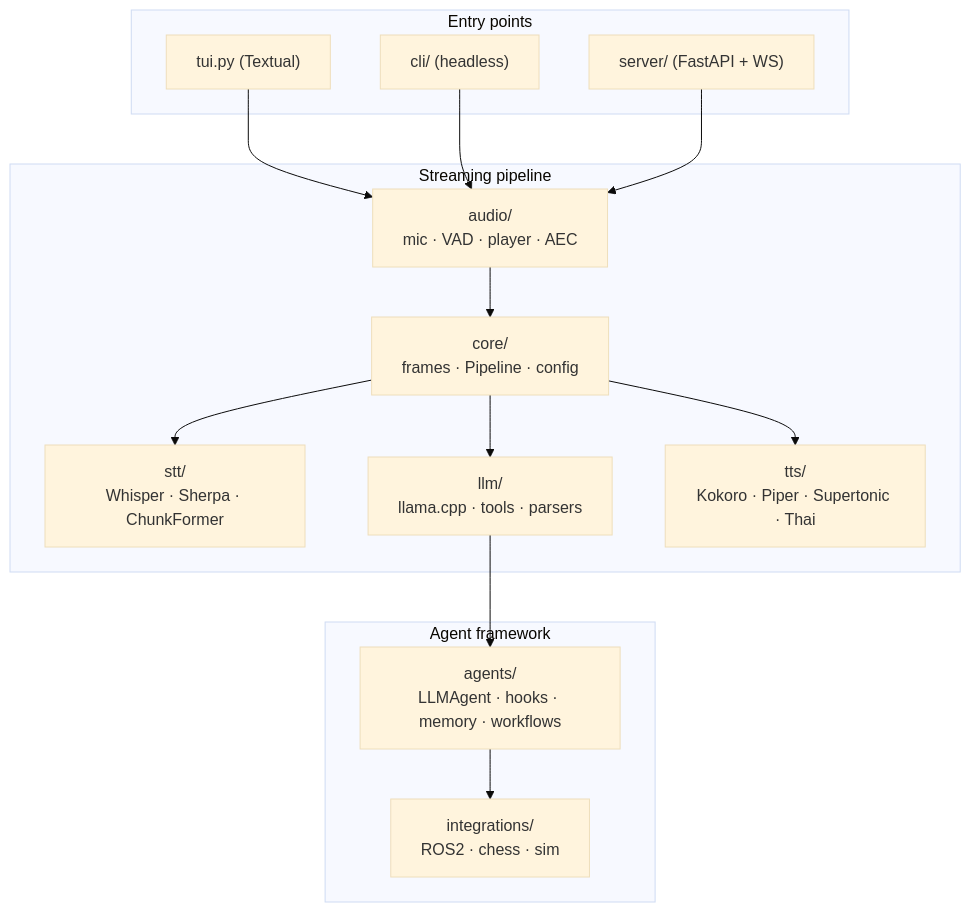
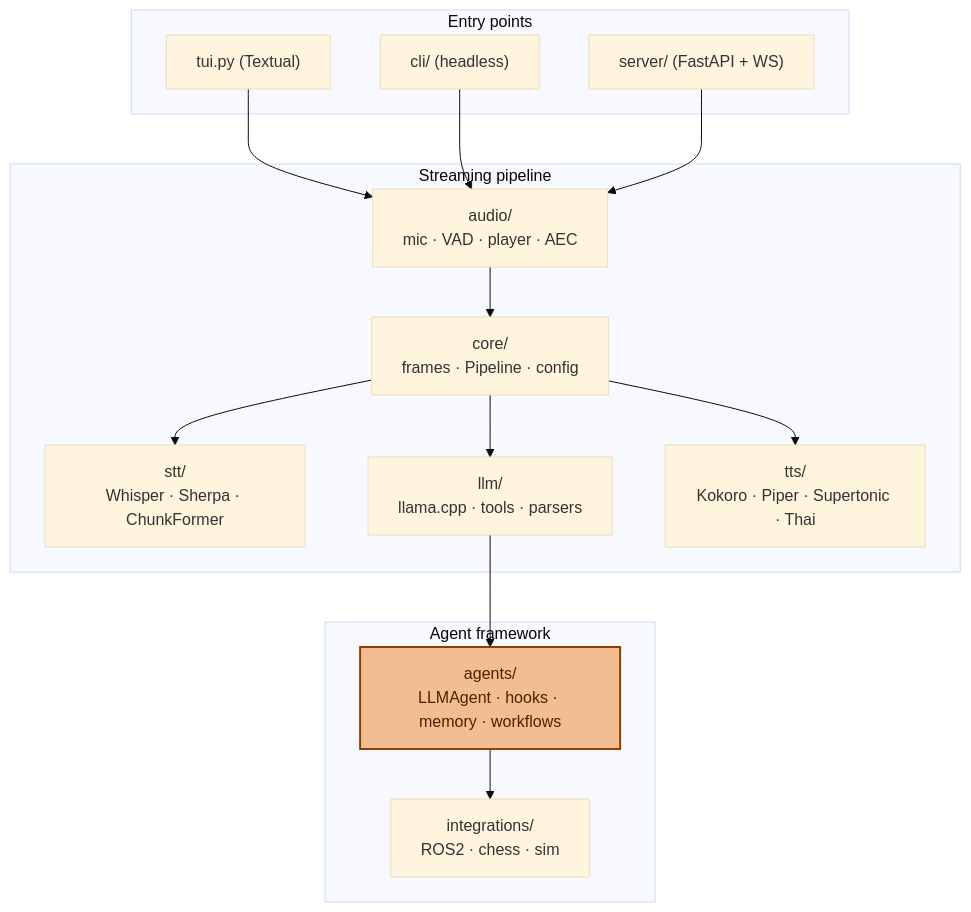
Before and after one commit to vietanhdev/edgevox: the first of 10 diagrams in docs/documentation/components.md, drawn with Mermaid (base theme). The commit also changed other lines of this file and 10 other files, not shown here.

````diff
--- a/docs/documentation/components.md
+++ b/docs/documentation/components.md
@@ -9,31 +9,33 @@
 ```mermaid
 flowchart TB
     subgraph Entry["Entry points"]
         TUI["tui.py (Textual)"]
         CLI["cli/ (headless)"]
         SRV["server/ (FastAPI + WS)"]
     end
 
     subgraph Pipeline["Streaming pipeline"]
         AUDIO["audio/<br/>mic · VAD · player · AEC"]
         STT["stt/<br/>Whisper · Sherpa · ChunkFormer"]
         CORE["core/<br/>frames · Pipeline · config"]
         LLM["llm/<br/>llama.cpp · tools · parsers"]
         TTS["tts/<br/>Kokoro · Piper · Supertonic · Thai"]
     end
 
     subgraph Brain["Agent framework"]
         AGENTS["agents/<br/>LLMAgent · hooks · memory · workflows"]
         INTEG["integrations/<br/>ROS2 · chess · sim"]
     end
 
     TUI --> AUDIO
     CLI --> AUDIO
     SRV --> AUDIO
     AUDIO --> CORE
     CORE --> STT
     CORE --> LLM
     CORE --> TTS
     LLM --> AGENTS
     AGENTS --> INTEG
+    classDef focal fill:#f3bd92,stroke:#8c4000,color:#4a2200,stroke-width:2px
+    class AGENTS focal
 ```
````
